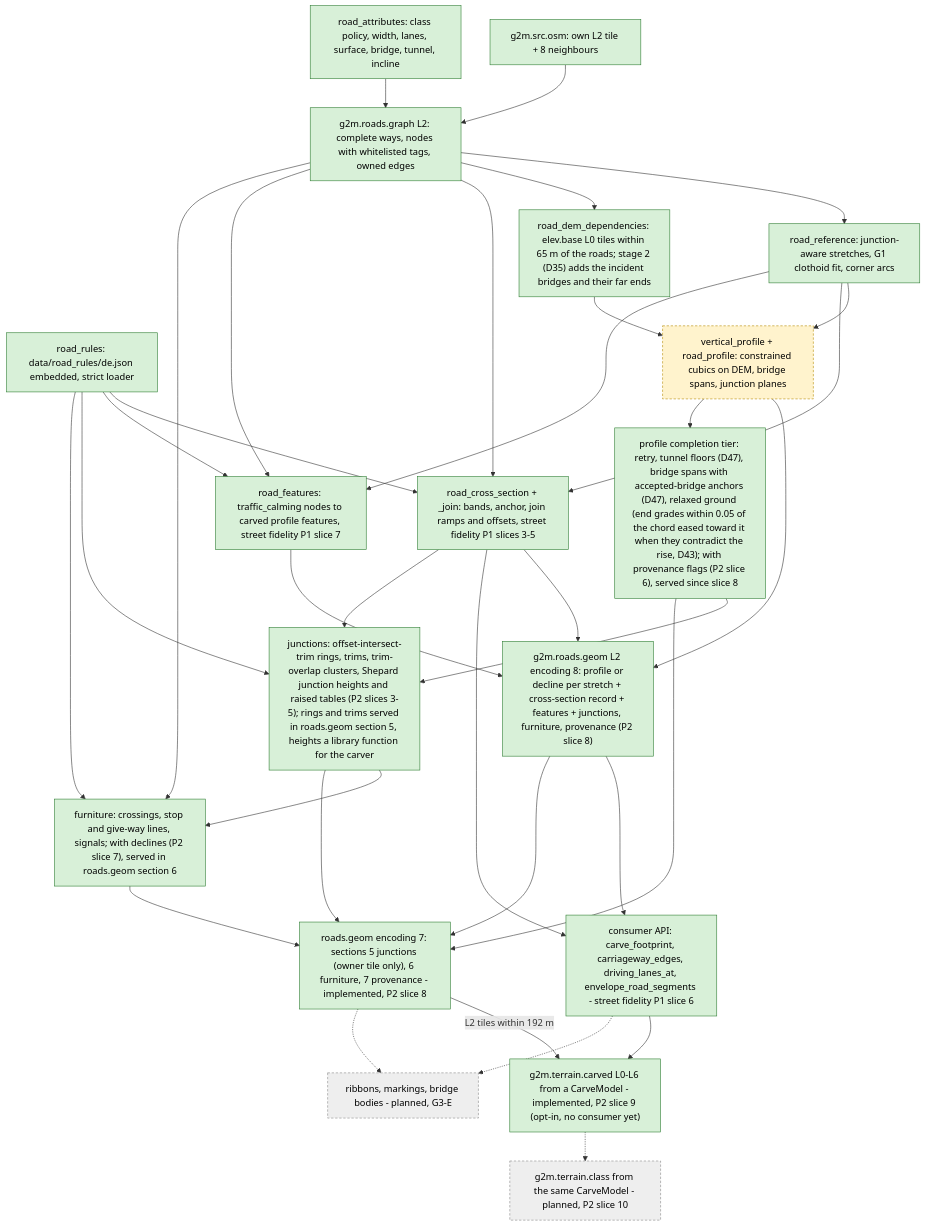
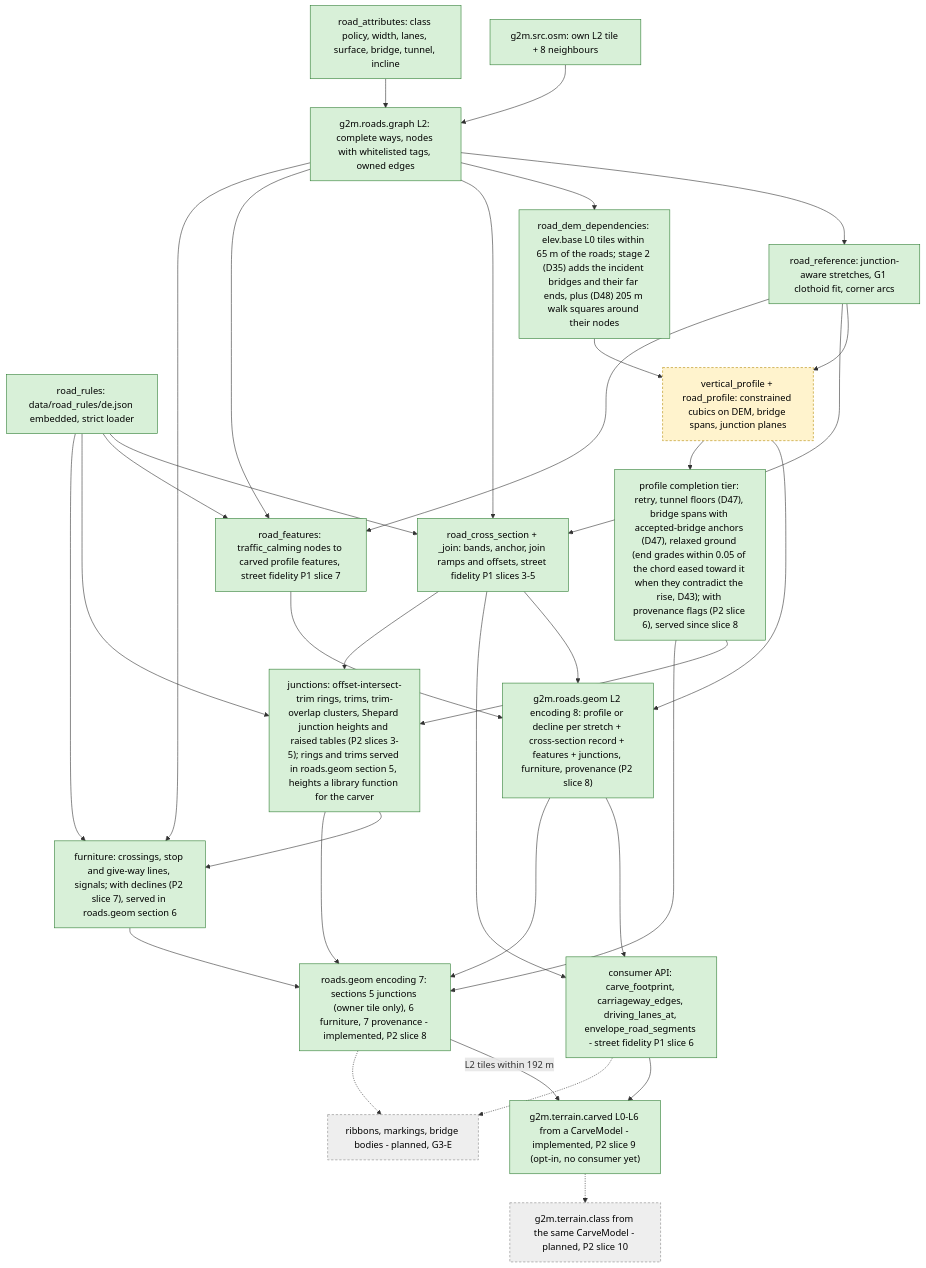
One commit to SebastianDanielFrenz/geo2map_engine changed the diagram in docs/pipeline/roads.md. Above: the diagram before and after it, drawn with Mermaid. The commit also changed other lines of this file and 14 other files, not shown here.

First line of the commit message:
Terrain migration phase 5: 200 m abutment walk with stage-2 walk squares (D48)

````diff
--- a/docs/pipeline/roads.md
+++ b/docs/pipeline/roads.md
@@ -7,58 +7,58 @@
 ```mermaid
 flowchart TD
   OSM9["g2m.src.osm: own L2 tile + 8 neighbours"]
   ATTR["road_attributes: class policy, width, lanes, surface, bridge, tunnel, incline"]
   GRAPH["g2m.roads.graph L2: complete ways, nodes with whitelisted tags, owned edges"]
   RULES["road_rules: data/road_rules/de.json embedded, strict loader"]
   XS["road_cross_section + _join: bands, anchor, join ramps and offsets, street fidelity P1 slices 3-5"]
   API["consumer API: carve_footprint, carriageway_edges, driving_lanes_at, envelope_road_segments - street fidelity P1 slice 6"]
   REF["road_reference: junction-aware stretches, G1 clothoid fit, corner arcs"]
-  DEMDEP["road_dem_dependencies: elev.base L0 tiles within 65 m of the roads; stage 2 (D35) adds the incident bridges and their far ends"]
+  DEMDEP["road_dem_dependencies: elev.base L0 tiles within 65 m of the roads; stage 2 (D35) adds the incident bridges and their far ends, plus (D48) 205 m walk squares around their nodes"]
   PROF["vertical_profile + road_profile: constrained cubics on DEM, bridge spans, junction planes"]
   FEAT["road_features: traffic_calming nodes to carved profile features, street fidelity P1 slice 7"]
   GEOM["g2m.roads.geom L2 encoding 8: profile or decline per stretch + cross-section record + features + junctions, furniture, provenance (P2 slice 8)"]
   COMPL["profile completion tier: retry, tunnel floors (D47), bridge spans with accepted-bridge anchors (D47), relaxed ground (end grades within 0.05 of the chord eased toward it when they contradict the rise, D43); with provenance flags (P2 slice 6), served since slice 8"]
   JUNC["junctions: offset-intersect-trim rings, trims, trim-overlap clusters, Shepard junction heights and raised tables (P2 slices 3-5); rings and trims served in roads.geom section 5, heights a library function for the carver"]
   FURN["furniture: crossings, stop and give-way lines, signals; with declines (P2 slice 7), served in roads.geom section 6"]
   GEOM7["roads.geom encoding 7: sections 5 junctions (owner tile only), 6 furniture, 7 provenance - implemented, P2 slice 8"]
   CARVE["g2m.terrain.carved L0-L6 from a CarveModel - implemented, P2 slice 9 (opt-in, no consumer yet)"]
   CLASSL["g2m.terrain.class from the same CarveModel - planned, P2 slice 10"]
   RIB["ribbons, markings, bridge bodies - planned, G3-E"]
   OSM9 --> GRAPH
   ATTR --> GRAPH
   GRAPH --> REF --> PROF
   GRAPH --> DEMDEP --> PROF
   RULES --> XS
   GRAPH --> XS
   REF --> XS
   XS --> GEOM
   GRAPH --> FEAT
   REF --> FEAT
   RULES --> FEAT
   FEAT --> GEOM
   PROF --> GEOM
   XS --> API
   GEOM --> API
   PROF --> COMPL
   COMPL --> JUNC
   XS --> JUNC
   RULES --> JUNC
   JUNC --> FURN
   GRAPH --> FURN
   RULES --> FURN
   COMPL --> GEOM7
   JUNC --> GEOM7
   FURN --> GEOM7
   GEOM --> GEOM7
   GEOM7 -->|"L2 tiles within 192 m"| CARVE
   API --> CARVE
   CARVE -.-> CLASSL
   API -.-> RIB
   GEOM7 -.-> RIB
   classDef done fill:#d8f0d8,stroke:#2e7d32,color:#000;
   classDef part fill:#fff3cd,stroke:#b58900,stroke-dasharray:4 3,color:#000;
   classDef plan fill:#eeeeee,stroke:#888888,stroke-dasharray:4 3,color:#000;
   class OSM9,ATTR,GRAPH,REF,DEMDEP,GEOM,RULES,XS,API,FEAT,COMPL,JUNC,FURN,GEOM7,CARVE done;
   class PROF part;
   class CLASSL,RIB plan;
 ```
````
